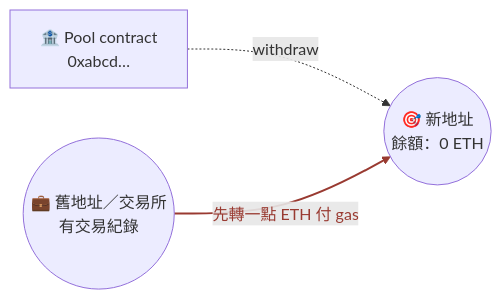
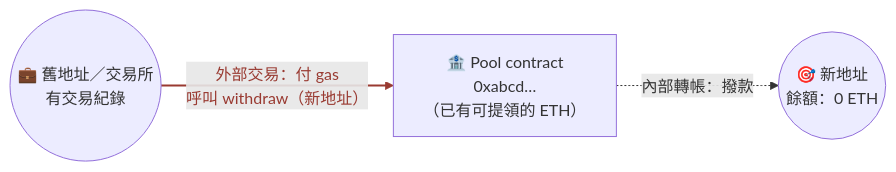
Before and after one commit to ChihChengLiang/notes: the eighth of 11 diagrams in notes/2026-07-27_privacy_pools/slides.md, drawn with Mermaid. The commit also changed other lines of this file and 1 other file, not shown here.

````diff
--- a/notes/2026-07-27_privacy_pools/slides.md
+++ b/notes/2026-07-27_privacy_pools/slides.md
@@ -330,11 +362,11 @@
 ```mermaid
 flowchart LR
-    Pool["🏦 Pool contract<br/>0xabcd…"]
+    Old(("💼 舊地址／交易所<br/>有交易紀錄"))
+    Pool["🏦 Pool contract<br/>0xabcd…<br/>（已有可提領的 ETH）"]
     New(("🎯 新地址<br/>餘額：0 ETH"))
-    Old(("💼 舊地址／交易所<br/>有交易紀錄"))
 
-    Pool -.->|withdraw| New
-    Old -->|先轉一點 ETH 付 gas| New
+    Old -->|外部交易：付 gas<br/>呼叫 withdraw（新地址）| Pool
+    Pool -.->|內部轉帳：撥款| New
 
-    linkStyle 1 stroke:#993a31,stroke-width:2px,color:#993a31
+    linkStyle 0 stroke:#993a31,stroke-width:2px,color:#993a31
 ```
````
